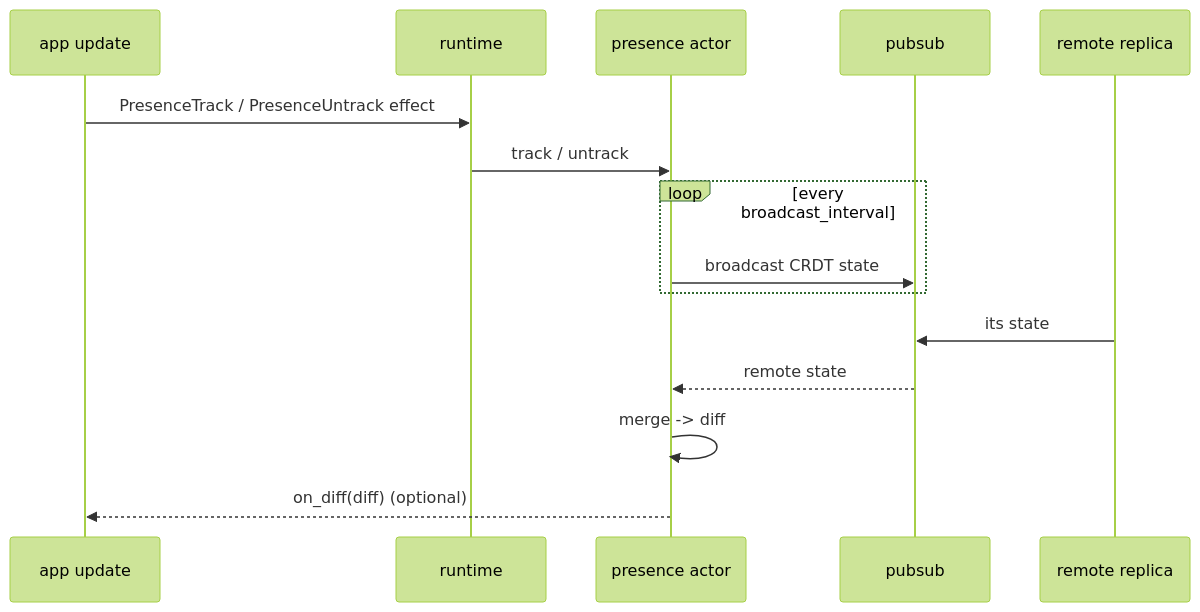
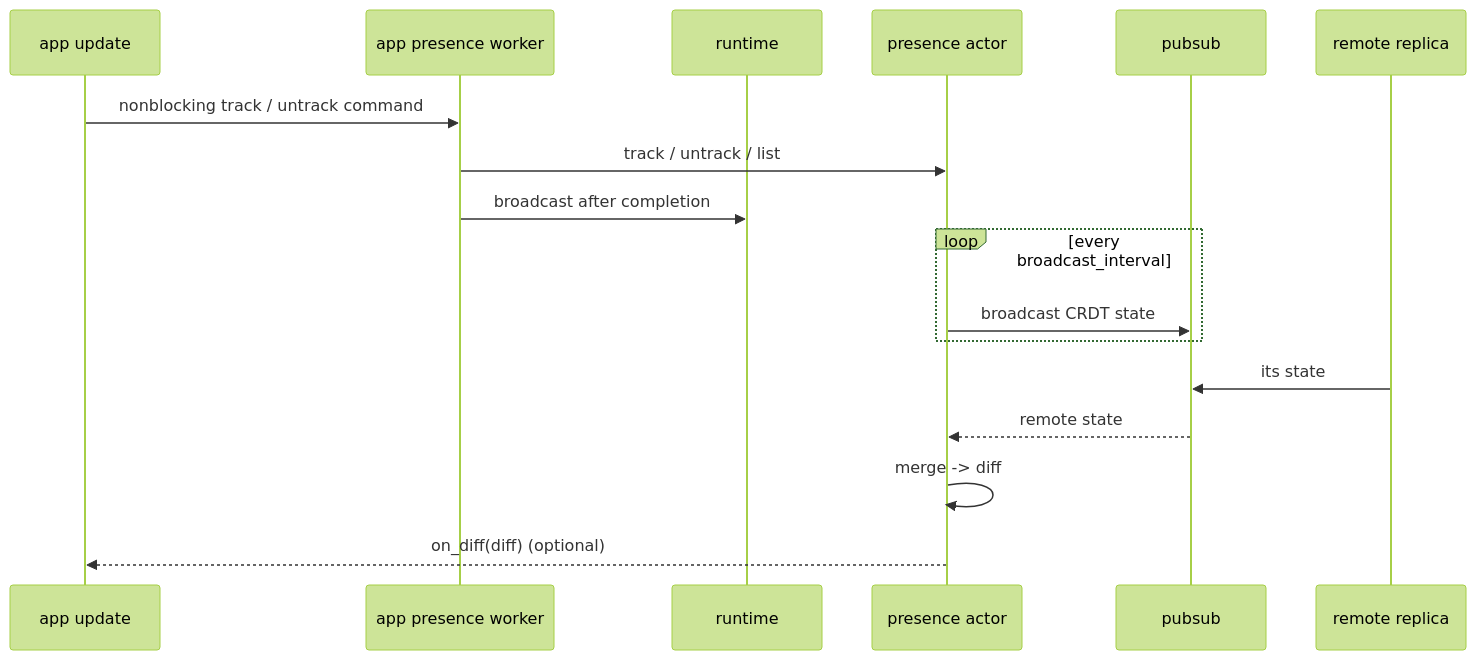
The tenth of 11 diagrams in docs/architecture-deck.md (tylerbutler/beryl), drawn with Mermaid (forest theme) before and after one commit. The commit also changed other lines of this file and 30 other files, not shown here.

````diff
--- a/docs/architecture-deck.md
+++ b/docs/architecture-deck.md
@@ -374,17 +374,19 @@
 ```mermaid
 sequenceDiagram
   participant App as app update
+  participant Worker as app presence worker
   participant Runtime as runtime
   participant Pres as presence actor
   participant PS as pubsub
   participant Remote as remote replica
-  App->>Runtime: PresenceTrack / PresenceUntrack effect
-  Runtime->>Pres: track / untrack
+  App->>Worker: nonblocking track / untrack command
+  Worker->>Pres: track / untrack / list
+  Worker->>Runtime: broadcast after completion
   loop every broadcast_interval
     Pres->>PS: broadcast CRDT state
   end
   Remote->>PS: its state
   PS-->>Pres: remote state
   Pres->>Pres: merge -> diff
   Pres-->>App: on_diff(diff) (optional)
 ```
````
